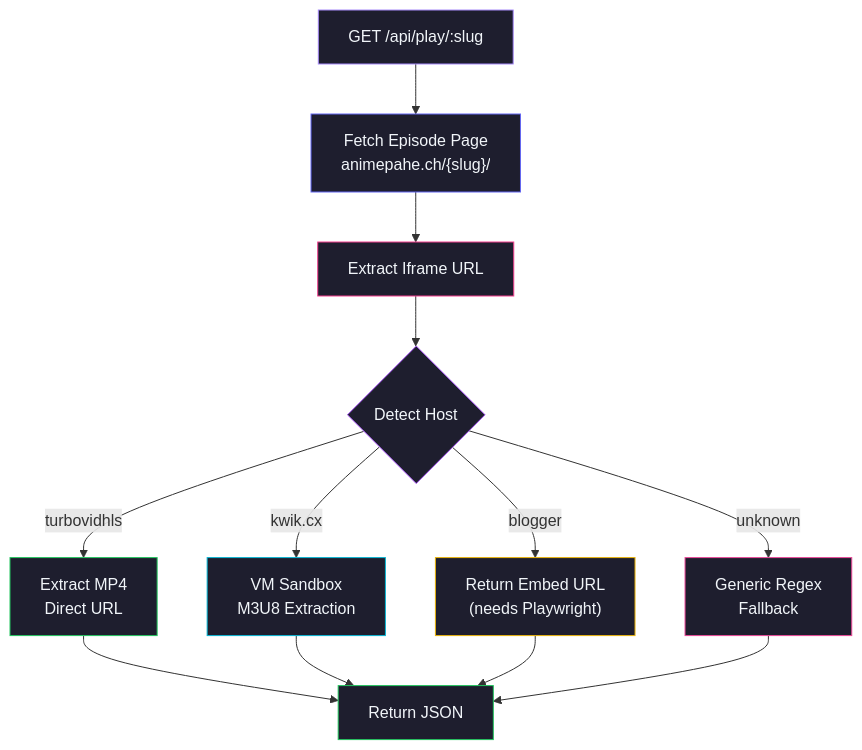
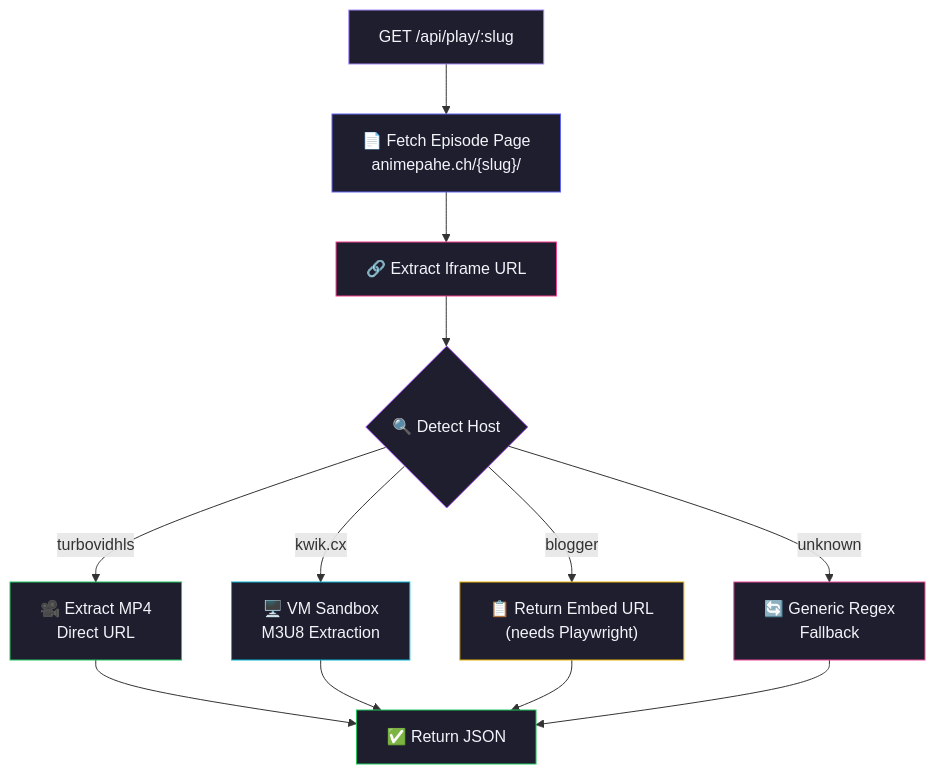
One commit to Shineii86/AnimePaheAPI changed the second of 4 diagrams in README.md. Above: the diagram before and after it, drawn with Mermaid. The commit also changed other lines of this file, not shown here.

Commit message:
docs: upgrade README to exact MiruroAPI style with emojis, import axios examples, Star History, Debug Mode, Data Sources, and full parity

````diff
--- a/README.md
+++ b/README.md
@@ -231,24 +250,24 @@
 ```mermaid
 flowchart TD
-    A["GET /api/play/:slug"] --> B["Fetch Episode Page<br/>animepahe.ch/{slug}/"]
-    B --> C["Extract Iframe URL"]
-    C --> D{"Detect Host"}
-    D -- turbovidhls --> E["Extract MP4<br/>Direct URL"]
-    D -- kwik.cx --> F["VM Sandbox<br/>M3U8 Extraction"]
-    D -- blogger --> G["Return Embed URL<br/>(needs Playwright)"]
-    D -- unknown --> H["Generic Regex<br/>Fallback"]
-    E --> I["Return JSON"]
+    A["GET /api/play/:slug"] --> B["📄 Fetch Episode Page<br/>animepahe.ch/{slug}/"]
+    B --> C["🔗 Extract Iframe URL"]
+    C --> D{"🔍 Detect Host"}
+    D -- turbovidhls --> E["🎥 Extract MP4<br/>Direct URL"]
+    D -- kwik.cx --> F["🖥️ VM Sandbox<br/>M3U8 Extraction"]
+    D -- blogger --> G["📋 Return Embed URL<br/>(needs Playwright)"]
+    D -- unknown --> H["🔄 Generic Regex<br/>Fallback"]
+    E --> I["✅ Return JSON"]
     F --> I
     G --> I
     H --> I
 
     style A fill:#1e1e2e,stroke:#a78bfa,color:#f1f5f9
     style B fill:#1e1e2e,stroke:#6366f1,color:#f1f5f9
     style C fill:#1e1e2e,stroke:#f43f8e,color:#f1f5f9
     style D fill:#1e1e2e,stroke:#a855f7,color:#f1f5f9
     style E fill:#1e1e2e,stroke:#22c55e,color:#f1f5f9
     style F fill:#1e1e2e,stroke:#06b6d4,color:#f1f5f9
     style G fill:#1e1e2e,stroke:#eab308,color:#f1f5f9
     style H fill:#1e1e2e,stroke:#ec4899,color:#f1f5f9
     style I fill:#1e1e2e,stroke:#22c55e,color:#f1f5f9
 ```
````
